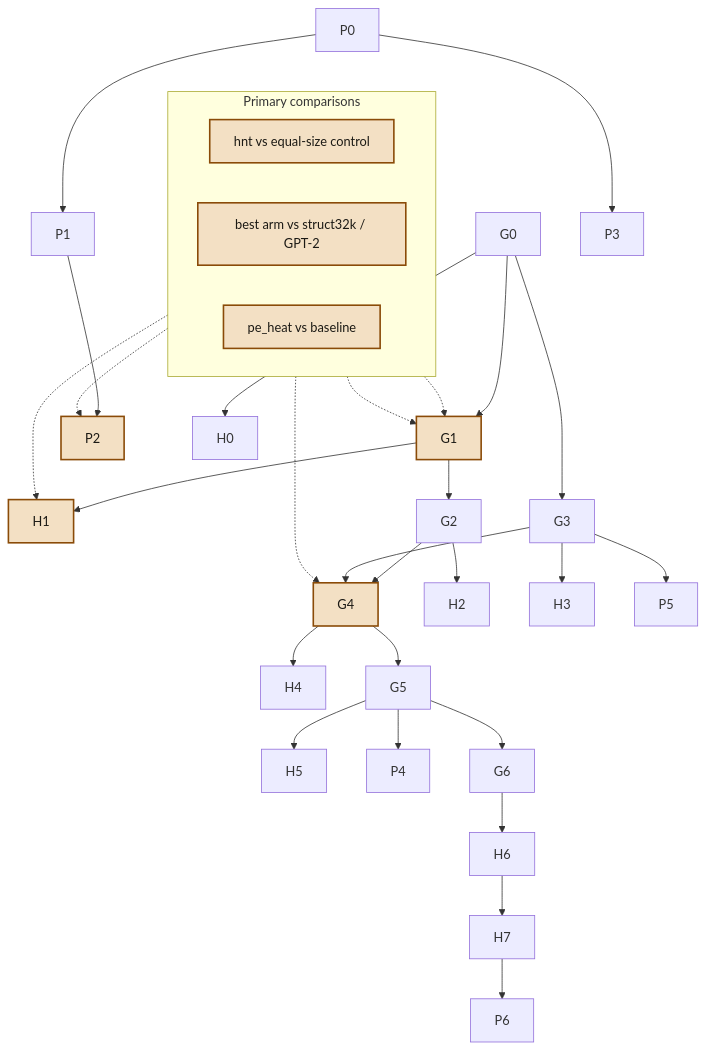
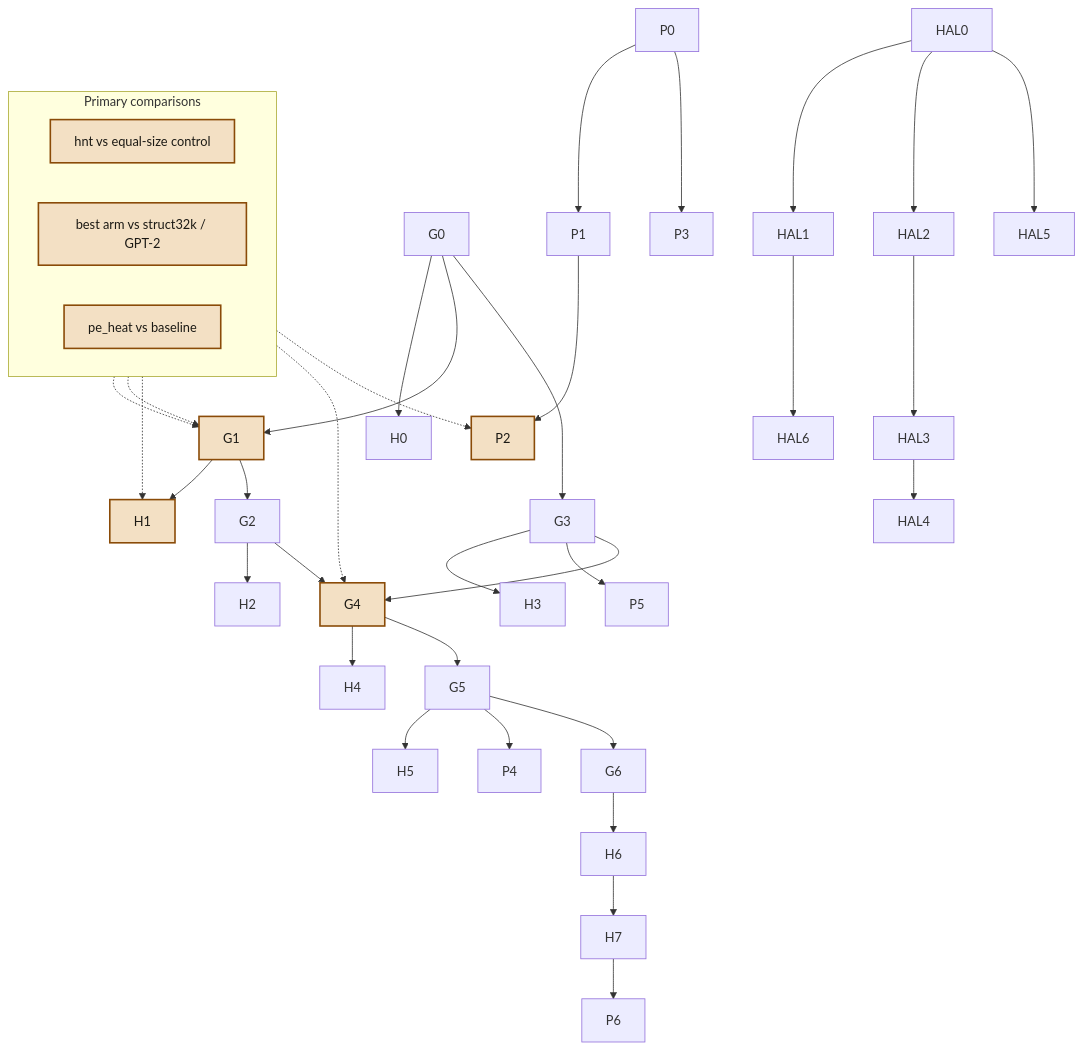
Before and after one commit to ZuluYokohama/HaDukeNN_LLM: the diagram in docs/control-graph.mmd, drawn with Mermaid. The commit also changed 32 other files, not shown here.

```diff
--- a/docs/control-graph.mmd
+++ b/docs/control-graph.mmd
@@ -1,37 +1,43 @@
 flowchart TD
   subgraph comparisons["Primary comparisons"]
     direction LR
     hntCtl["hnt vs equal-size control"]
     bestArm["best arm vs struct32k / GPT-2"]
     peHeat["pe_heat vs baseline"]
   end
   hntCtl -.-> G1
   bestArm -.-> G1
   bestArm -.-> H1
   bestArm -.-> G4
   peHeat -.-> P2
 
   G0 --> H0
   G0 --> G1
   G1 --> H1
   G1 --> G2
   G2 --> H2
   G0 --> G3
   G3 --> H3
   P0 --> P1
   P1 --> P2
   P0 --> P3
   G3 --> P5
   G2 --> G4
   G3 --> G4
   G4 --> H4
   G4 --> G5
   G5 --> H5
   G5 --> P4
   G5 --> G6
   G6 --> H6
   H6 --> H7
   H7 --> P6
+  HAL0 --> HAL1
+  HAL0 --> HAL2
+  HAL2 --> HAL3
+  HAL3 --> HAL4
+  HAL0 --> HAL5
+  HAL1 --> HAL6
 
   classDef primary fill:#f3e0c4,stroke:#8a4b08,color:#1b1914,stroke-width:2px
   class G1,H1,P2,G4,hntCtl,bestArm,peHeat primary
```
